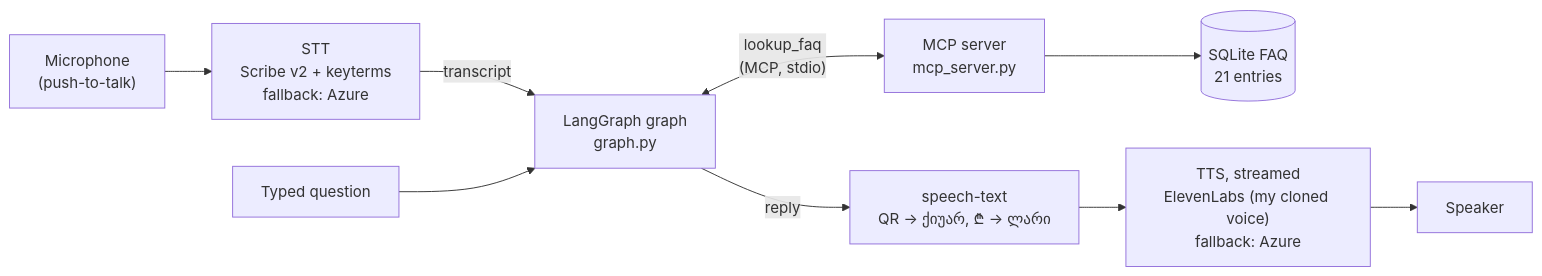
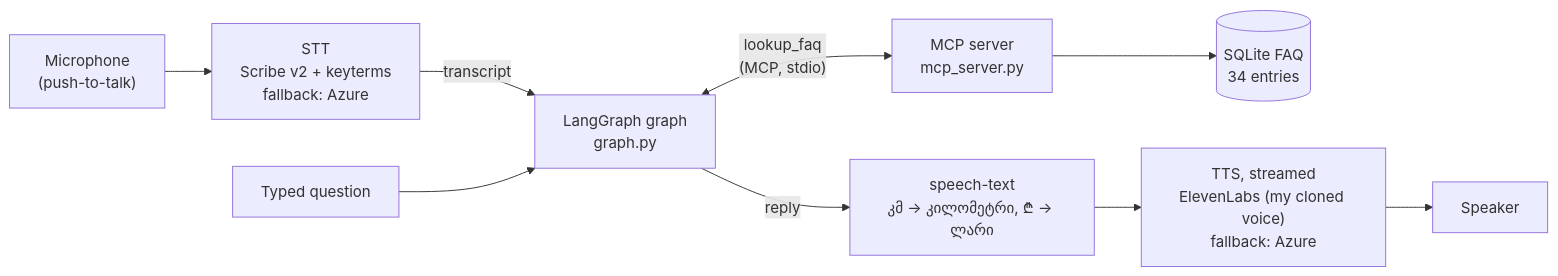
Before and after one commit to romaxod/georgian-voice-assistant: the first of 2 diagrams in README.md, drawn with Mermaid. The commit also changed other lines of this file and 32 other files, not shown here.

````diff
--- a/README.md
+++ b/README.md
@@ -46,11 +52,11 @@
 ```mermaid
 flowchart LR
     mic["Microphone<br/>(push-to-talk)"] --> stt["STT<br/>Scribe v2 + keyterms<br/>fallback: Azure"]
     stt -- transcript --> lg["LangGraph graph<br/>graph.py"]
     typed["Typed question"] --> lg
     lg <-- "lookup_faq<br/>(MCP, stdio)" --> mcp["MCP server<br/>mcp_server.py"]
-    mcp --> db[("SQLite FAQ<br/>21 entries")]
-    lg -- reply --> st["speech-text<br/>QR → ქიუარ, ₾ → ლარი"]
+    mcp --> db[("SQLite FAQ<br/>34 entries")]
+    lg -- reply --> st["speech-text<br/>კმ → კილომეტრი, ₾ → ლარი"]
     st --> tts["TTS, streamed<br/>ElevenLabs (my cloned voice)<br/>fallback: Azure"]
     tts --> spk["Speaker"]
 ```
````
